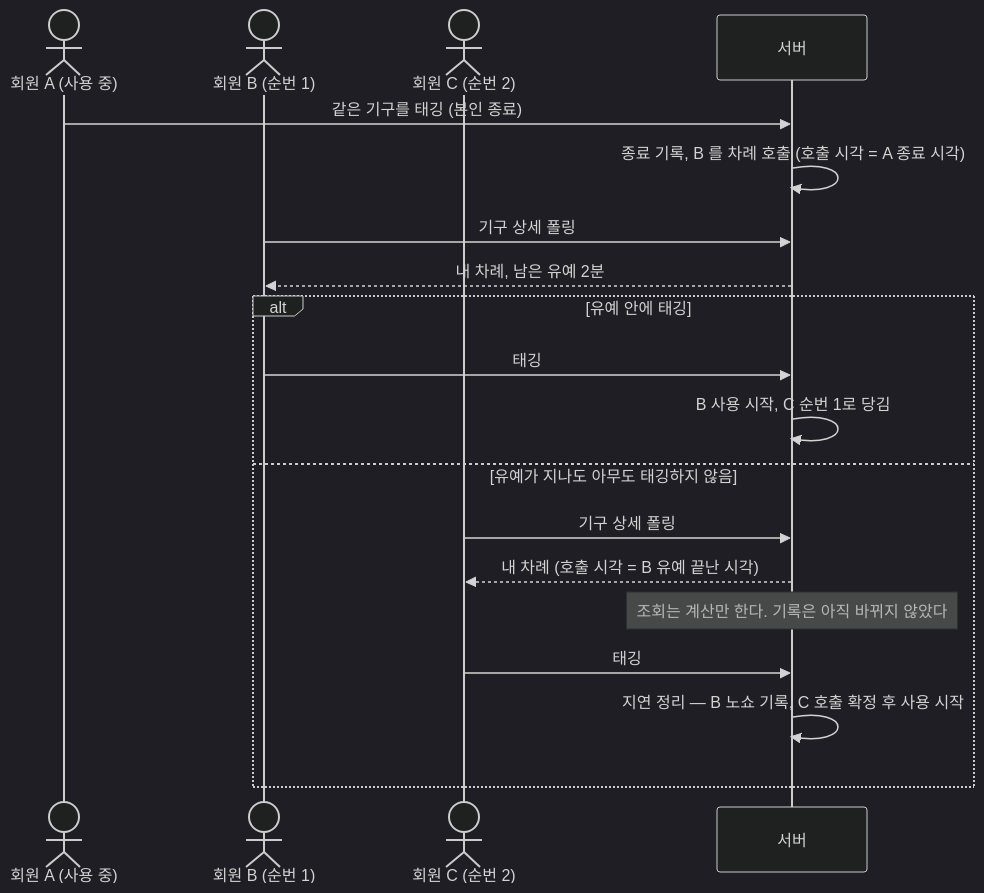
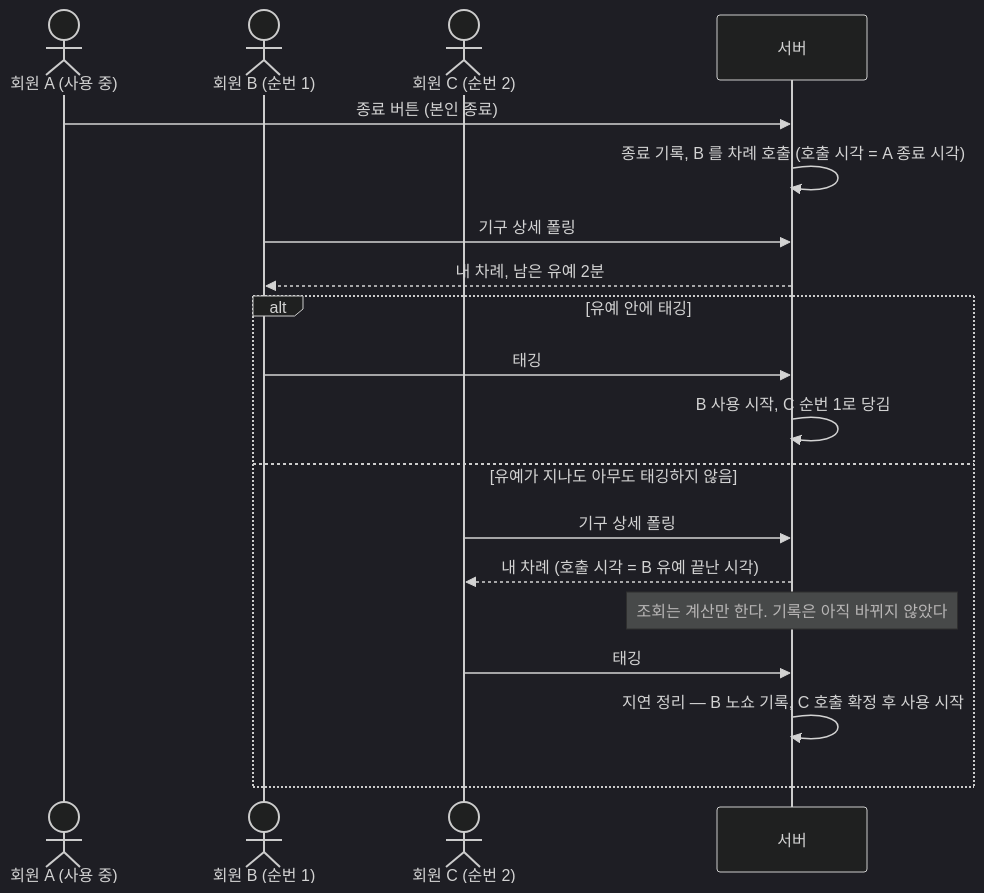
One commit to yong-joon-kwak/gym-equipment-reservation changed the third of 4 diagrams in docs/architecture/system-overview.md. Above: the diagram before and after it, drawn with Mermaid (dark theme). The commit also changed other lines of this file and 5 other files, not shown here.

````diff
--- a/docs/architecture/system-overview.md
+++ b/docs/architecture/system-overview.md
@@ -100,23 +101,23 @@
 ```mermaid
 sequenceDiagram
     actor Actor_MemberA as 회원 A (사용 중)
     actor Actor_MemberB as 회원 B (순번 1)
     actor Actor_MemberC as 회원 C (순번 2)
     participant Layer_Backend as 서버
 
-    Actor_MemberA->>Layer_Backend: 같은 기구를 태깅 (본인 종료)
+    Actor_MemberA->>Layer_Backend: 종료 버튼 (본인 종료)
     Layer_Backend->>Layer_Backend: 종료 기록, B 를 차례 호출 (호출 시각 = A 종료 시각)
     Actor_MemberB->>Layer_Backend: 기구 상세 폴링
     Layer_Backend-->>Actor_MemberB: 내 차례, 남은 유예 2분
 
     alt 유예 안에 태깅
         Actor_MemberB->>Layer_Backend: 태깅
         Layer_Backend->>Layer_Backend: B 사용 시작, C 순번 1로 당김
     else 유예가 지나도 아무도 태깅하지 않음
         Actor_MemberC->>Layer_Backend: 기구 상세 폴링
         Layer_Backend-->>Actor_MemberC: 내 차례 (호출 시각 = B 유예 끝난 시각)
         Note over Layer_Backend: 조회는 계산만 한다. 기록은 아직 바뀌지 않았다
         Actor_MemberC->>Layer_Backend: 태깅
         Layer_Backend->>Layer_Backend: 지연 정리 — B 노쇼 기록, C 호출 확정 후 사용 시작
     end
 ```
````
